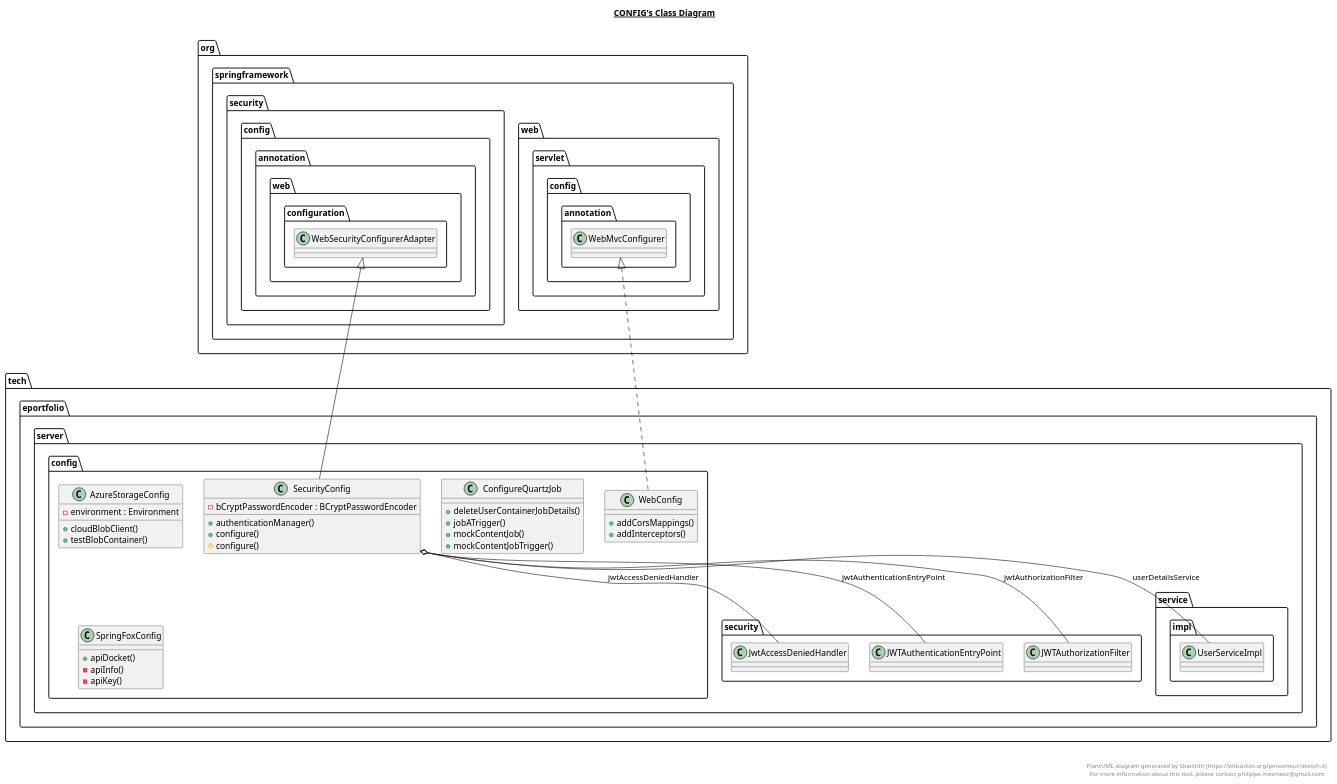
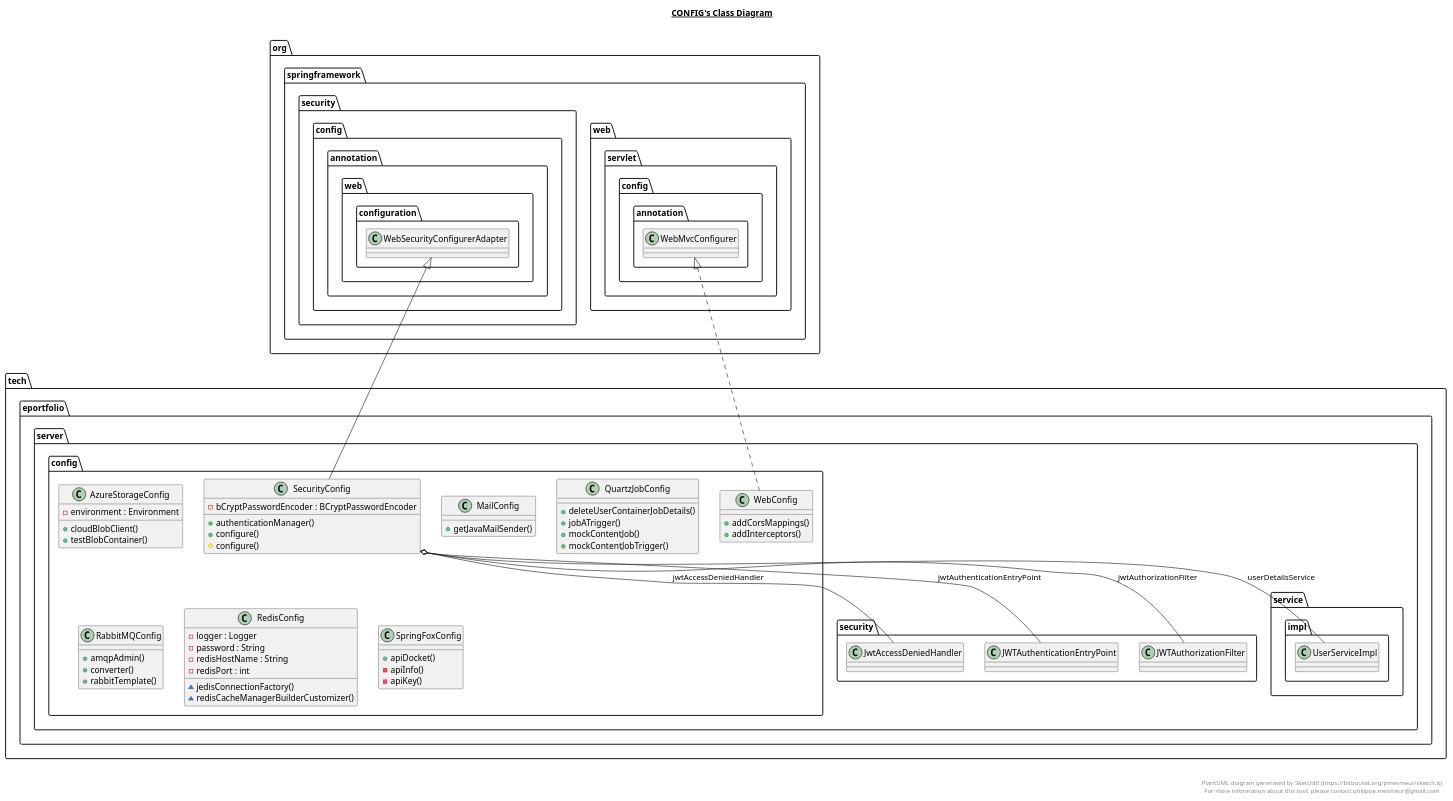
One commit to eportfolio-tech/server changed the diagram in src/main/java/tech/eportfolio/server/config/config.plantuml. Above: the diagram before and after it, drawn with PlantUML. The commit also changed 33 other files, not shown here.

Commit message:
docs: Upload diagrams

```diff
--- a/src/main/java/tech/eportfolio/server/config/config.plantuml
+++ b/src/main/java/tech/eportfolio/server/config/config.plantuml
@@ -1,76 +1,110 @@
 @startuml
 
 title __CONFIG's Class Diagram__\n
 
   namespace tech.eportfolio.server {
     namespace config {
       class tech.eportfolio.server.config.AzureStorageConfig {
           - environment : Environment
           + cloudBlobClient()
           + testBlobContainer()
       }
     }
   }
   
 
   namespace tech.eportfolio.server {
     namespace config {
-      class tech.eportfolio.server.config.ConfigureQuartzJob {
+      class tech.eportfolio.server.config.MailConfig {
+          + getJavaMailSender()
+      }
+    }
+  }
+  
+
+  namespace tech.eportfolio.server {
+    namespace config {
+      class tech.eportfolio.server.config.QuartzJobConfig {
           + deleteUserContainerJobDetails()
           + jobATrigger()
           + mockContentJob()
           + mockContentJobTrigger()
+      }
+    }
+  }
+  
+
+  namespace tech.eportfolio.server {
+    namespace config {
+      class tech.eportfolio.server.config.RabbitMQConfig {
+          + amqpAdmin()
+          + converter()
+          + rabbitTemplate()
+      }
+    }
+  }
+  
+
+  namespace tech.eportfolio.server {
+    namespace config {
+      class tech.eportfolio.server.config.RedisConfig {
+          - logger : Logger
+          - password : String
+          - redisHostName : String
+          - redisPort : int
+          ~ jedisConnectionFactory()
+          ~ redisCacheManagerBuilderCustomizer()
       }
     }
   }
   
 
   namespace tech.eportfolio.server {
     namespace config {
       class tech.eportfolio.server.config.SecurityConfig {
           - bCryptPasswordEncoder : BCryptPasswordEncoder
           + authenticationManager()
           + configure()
           # configure()
       }
     }
   }
   
 
   namespace tech.eportfolio.server {
     namespace config {
       class tech.eportfolio.server.config.SpringFoxConfig {
           + apiDocket()
           - apiInfo()
           - apiKey()
       }
     }
   }
   
 
   namespace tech.eportfolio.server {
     namespace config {
       class tech.eportfolio.server.config.WebConfig {
           + addCorsMappings()
           + addInterceptors()
       }
     }
   }
   
 
   tech.eportfolio.server.config.SecurityConfig -up-|> org.springframework.security.config.annotation.web.configuration.WebSecurityConfigurerAdapter
   tech.eportfolio.server.config.SecurityConfig o-- tech.eportfolio.server.security.JwtAccessDeniedHandler : jwtAccessDeniedHandler
   tech.eportfolio.server.config.SecurityConfig o-- tech.eportfolio.server.security.JWTAuthenticationEntryPoint : jwtAuthenticationEntryPoint
   tech.eportfolio.server.config.SecurityConfig o-- tech.eportfolio.server.security.JWTAuthorizationFilter : jwtAuthorizationFilter
   tech.eportfolio.server.config.SecurityConfig o-- tech.eportfolio.server.service.impl.UserServiceImpl : userDetailsService
   tech.eportfolio.server.config.WebConfig .up.|> org.springframework.web.servlet.config.annotation.WebMvcConfigurer
 
 
 right footer
 
 
 PlantUML diagram generated by SketchIt! (https://bitbucket.org/pmesmeur/sketch.it)
 For more information about this tool, please contact philippe.mesmeur@gmail.com
 endfooter
 
 @enduml
```
